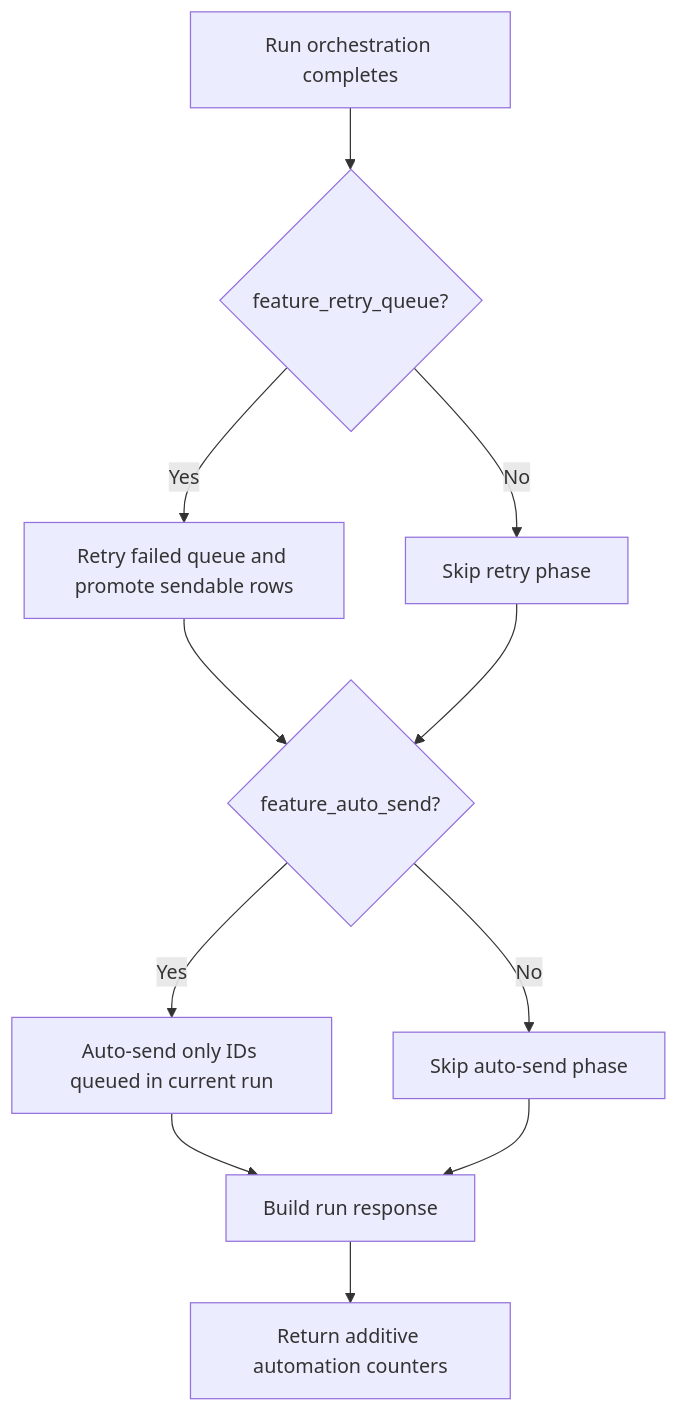
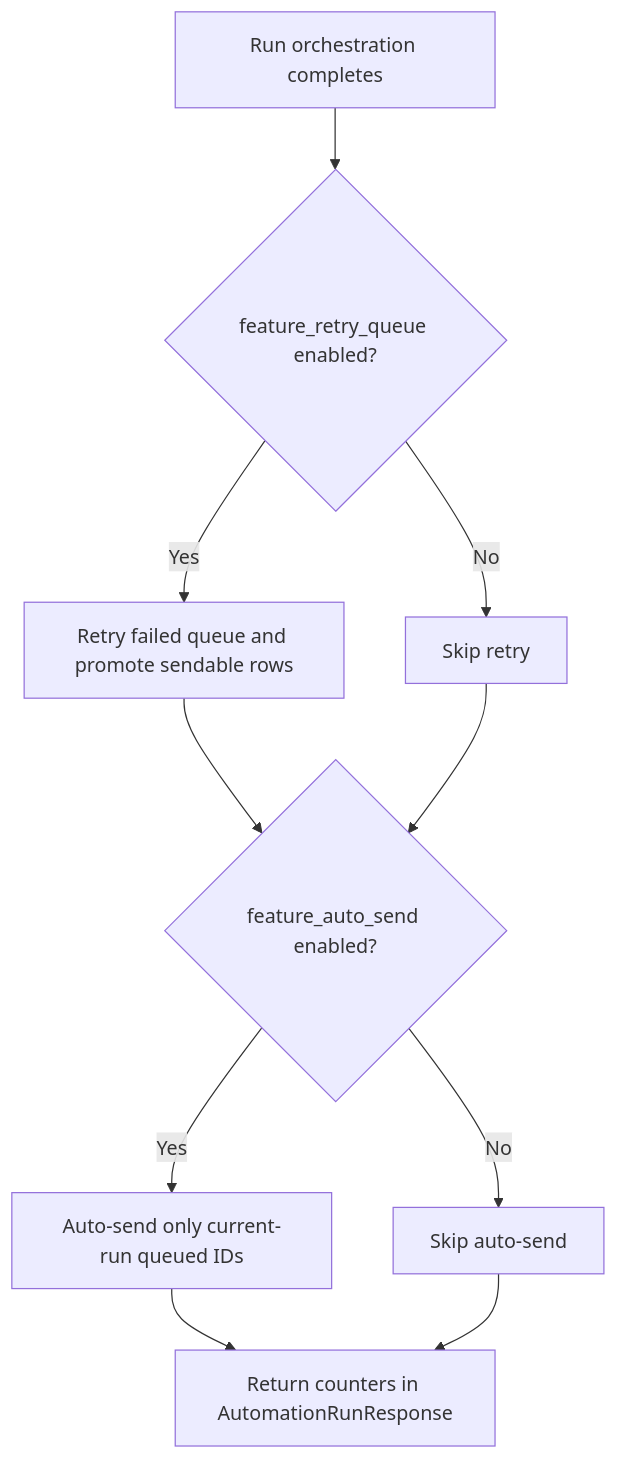
One commit to chaitanyadheeraj98/CODEJOB changed the diagram in docs/architecture.md. Above: the diagram before and after it, drawn with Mermaid. The commit also changed other lines of this file and 6 other files, not shown here.

````diff
--- a/docs/architecture.md
+++ b/docs/architecture.md
@@ -111,13 +34,12 @@
 ```mermaid
 flowchart TD
-    A[Run orchestration completes] --> B{feature_retry_queue?}
+    A[Run orchestration completes] --> B{feature_retry_queue enabled?}
     B -->|Yes| C[Retry failed queue and promote sendable rows]
-    B -->|No| D[Skip retry phase]
-    C --> E{feature_auto_send?}
+    B -->|No| D[Skip retry]
+    C --> E{feature_auto_send enabled?}
     D --> E
-    E -->|Yes| F[Auto-send only IDs queued in current run]
-    E -->|No| G[Skip auto-send phase]
-    F --> H[Build run response]
+    E -->|Yes| F[Auto-send only current-run queued IDs]
+    E -->|No| G[Skip auto-send]
+    F --> H[Return counters in AutomationRunResponse]
     G --> H
-    H --> I[Return additive automation counters]
 ```
````
